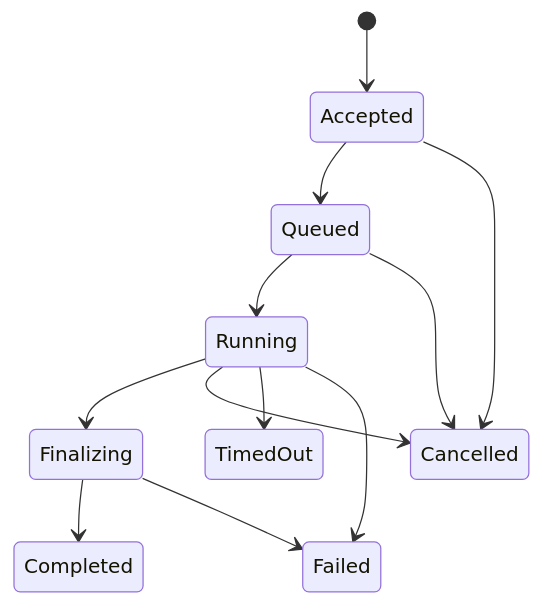
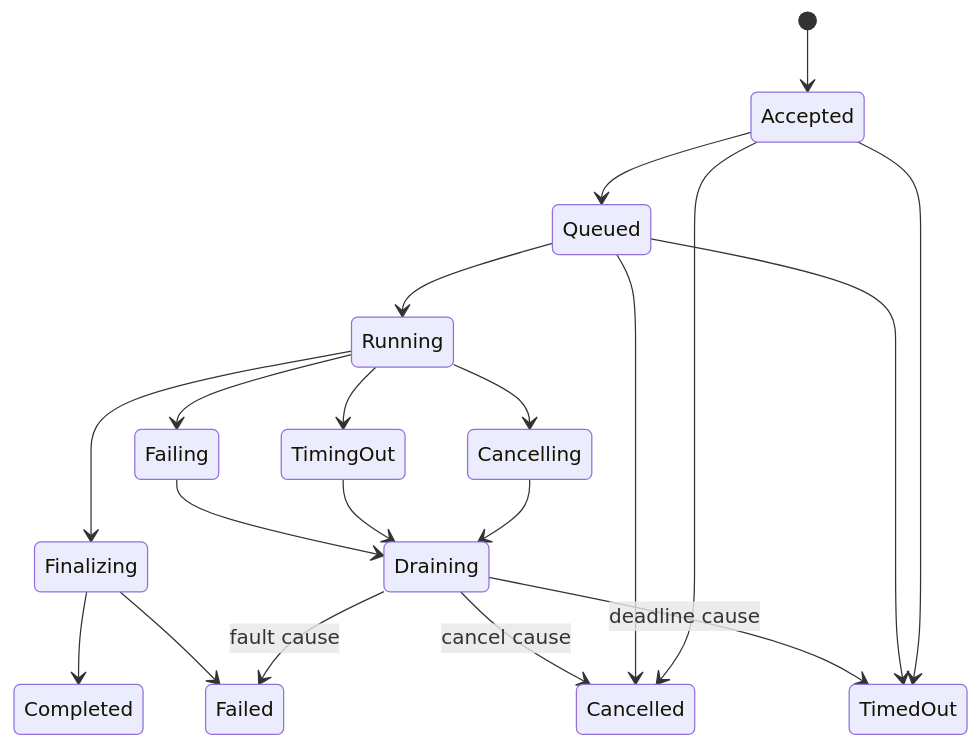
The fifth of 5 diagrams in docs/design/system-architecture.md (aniping/VNA), drawn with Mermaid before and after one commit. The commit also changed other lines of this file and 19 other files, not shown here.

````diff
--- a/docs/design/system-architecture.md
+++ b/docs/design/system-architecture.md
@@ -478,14 +632,22 @@
 ```mermaid
 stateDiagram-v2
     [*] --> Accepted
     Accepted --> Queued
     Queued --> Running
     Running --> Finalizing
     Finalizing --> Completed
     Accepted --> Cancelled
+    Accepted --> TimedOut
     Queued --> Cancelled
-    Running --> Cancelled
-    Running --> TimedOut
-    Running --> Failed
+    Queued --> TimedOut
+    Running --> Cancelling
+    Running --> TimingOut
+    Running --> Failing
+    Cancelling --> Draining
+    TimingOut --> Draining
+    Failing --> Draining
+    Draining --> Cancelled: cancel cause
+    Draining --> TimedOut: deadline cause
+    Draining --> Failed: fault cause
     Finalizing --> Failed
 ```
````
